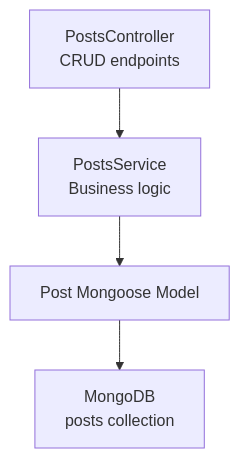
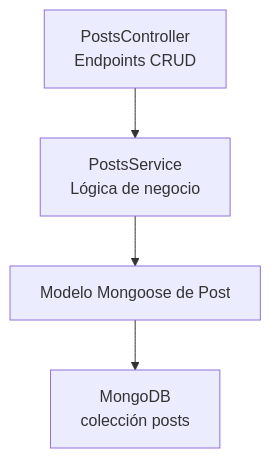
One commit to Byroncl/laboratory-reviews changed the diagram in docs-post-message/docs/backend/modules/posts.md. Above: the diagram before and after it, drawn with Mermaid. The commit also changed other lines of this file and 17 other files, not shown here.

Commit message:
refactor: implement clean architecture patterns with domains, repositories, use cases, constants, and comprehensive tests

````diff
--- a/docs-post-message/docs/backend/modules/posts.md
+++ b/docs-post-message/docs/backend/modules/posts.md
@@ -13,11 +13,11 @@
 ```mermaid
 graph TB
-    Controller["PostsController<br/>CRUD endpoints"]
-    Service["PostsService<br/>Business logic"]
-    Model["Post Mongoose Model"]
-    Database["MongoDB<br/>posts collection"]
+    Controller["PostsController<br/>Endpoints CRUD"]
+    Service["PostsService<br/>Lógica de negocio"]
+    Model["Modelo Mongoose de Post"]
+    Database["MongoDB<br/>colección posts"]
     
     Controller --> Service
     Service --> Model
     Model --> Database
 ```
````
